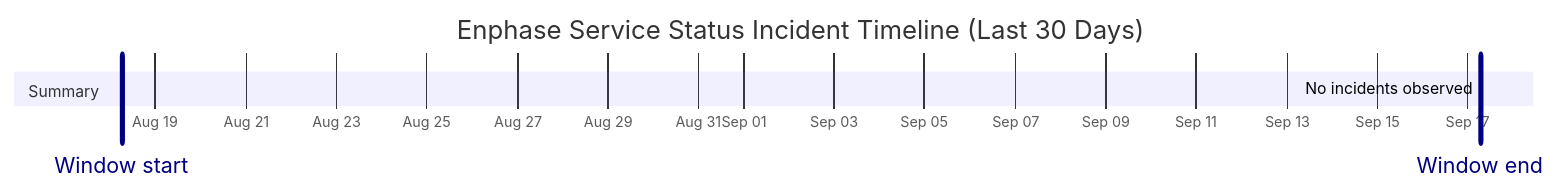
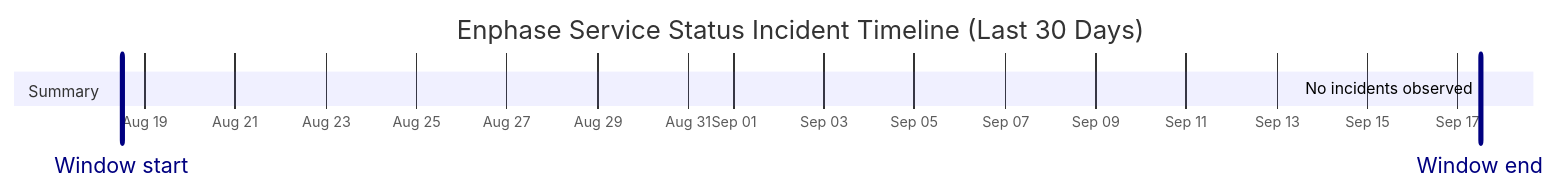
The diagram in wiki/Service-Status-History.md (barneyonline/ha-enphase-energy), drawn with Mermaid before and after one commit. The commit also changed other lines of this file and 3 other files, not shown here.

````diff
--- a/wiki/Service-Status-History.md
+++ b/wiki/Service-Status-History.md
@@ -14,10 +14,10 @@
 ```mermaid
 gantt
     title Enphase Service Status Incident Timeline (Last 30 Days)
     dateFormat  YYYY-MM-DDTHH:mm:ss
     axisFormat  %b %d
-    Window start :vert, window-start, 2026-08-18T06:26:00, 0ms
-    Window end :vert, window-end, 2026-09-17T06:26:00, 0ms
+    Window start :vert, window-start, 2026-08-18T11:57:53, 0ms
+    Window end :vert, window-end, 2026-09-17T11:57:53, 0ms
     section Summary
-    No incidents observed :done, 2026-09-17T06:26:00, 1m
+    No incidents observed :done, 2026-09-17T11:57:53, 1m
 ```
````
